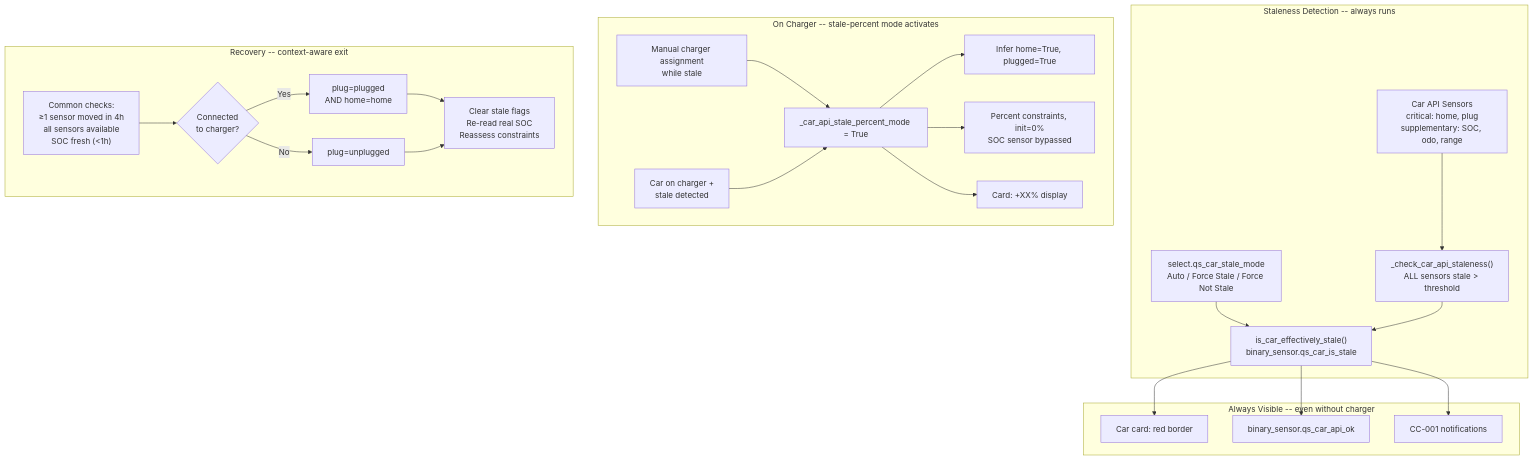
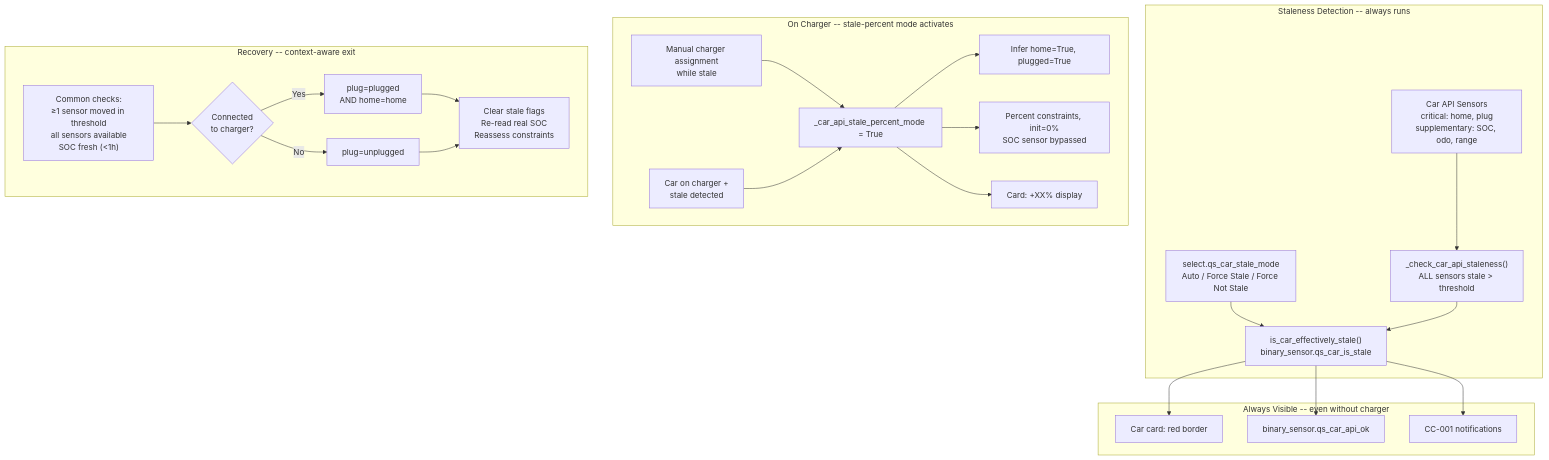
The diagram in _bmad-output/implementation-artifacts/3-9-Github-#82-car-ev-vendor-api-resilience.md (tmenguy/quiet-solar), drawn with Mermaid before and after one commit. The commit also changed other lines of this file and 2 other files, not shown here.

````diff
--- a/_bmad-output/implementation-artifacts/3-9-Github-#82-car-ev-vendor-api-resilience.md
+++ b/_bmad-output/implementation-artifacts/3-9-Github-#82-car-ev-vendor-api-resilience.md
@@ -45,27 +45,27 @@
 ```mermaid
 flowchart TD
     subgraph detection [Staleness Detection -- always runs]
         SensorProbes["Car API Sensors\ncritical: home, plug\nsupplementary: SOC, odo, range"] --> StaleCheck["_check_car_api_staleness()\nALL sensors stale > threshold"]
         StaleSelect["select.qs_car_stale_mode\nAuto / Force Stale / Force Not Stale"] --> EffectiveStale
         StaleCheck --> EffectiveStale["is_car_effectively_stale()\nbinary_sensor.qs_car_is_stale"]
     end
     subgraph alwaysVisible [Always Visible -- even without charger]
         EffectiveStale --> CardBorder["Car card: red border"]
         EffectiveStale --> ApiOk["binary_sensor.qs_car_api_ok"]
         EffectiveStale --> Notify["CC-001 notifications"]
     end
     subgraph chargerContext [On Charger -- stale-percent mode activates]
         ManualAssign["Manual charger assignment\nwhile stale"] --> Activate["_car_api_stale_percent_mode = True"]
         AlreadyCharging["Car on charger +\nstale detected"] --> Activate
         Activate --> InferState["Infer home=True, plugged=True"]
         Activate --> KeepPercent["Percent constraints, init=0%\nSOC sensor bypassed"]
         Activate --> PlusDisplay["Card: +XX% display"]
     end
     subgraph recovery [Recovery -- context-aware exit]
-        CommonChecks["Common checks:\n≥1 sensor moved in 4h\nall sensors available\nSOC fresh (<1h)"] --> Branch{"Connected\nto charger?"}
+        CommonChecks["Common checks:\n≥1 sensor moved in threshold\nall sensors available\nSOC fresh (<1h)"] --> Branch{"Connected\nto charger?"}
         Branch -->|Yes| Connected["plug=plugged\nAND home=home"]
         Branch -->|No| NotConnected["plug=unplugged"]
         Connected --> ExitStale["Clear stale flags\nRe-read real SOC\nReassess constraints"]
         NotConnected --> ExitStale
     end
 ```
````
